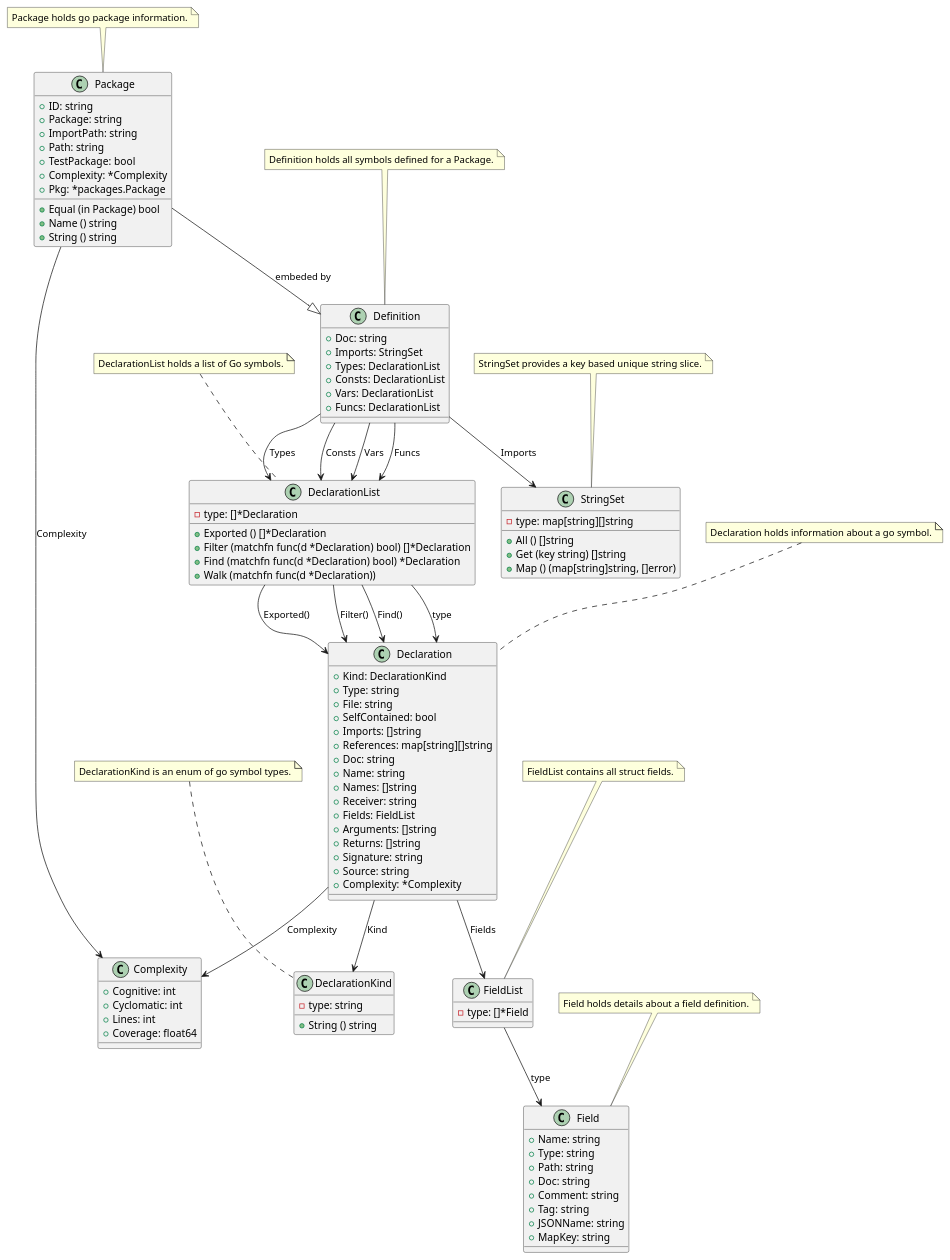
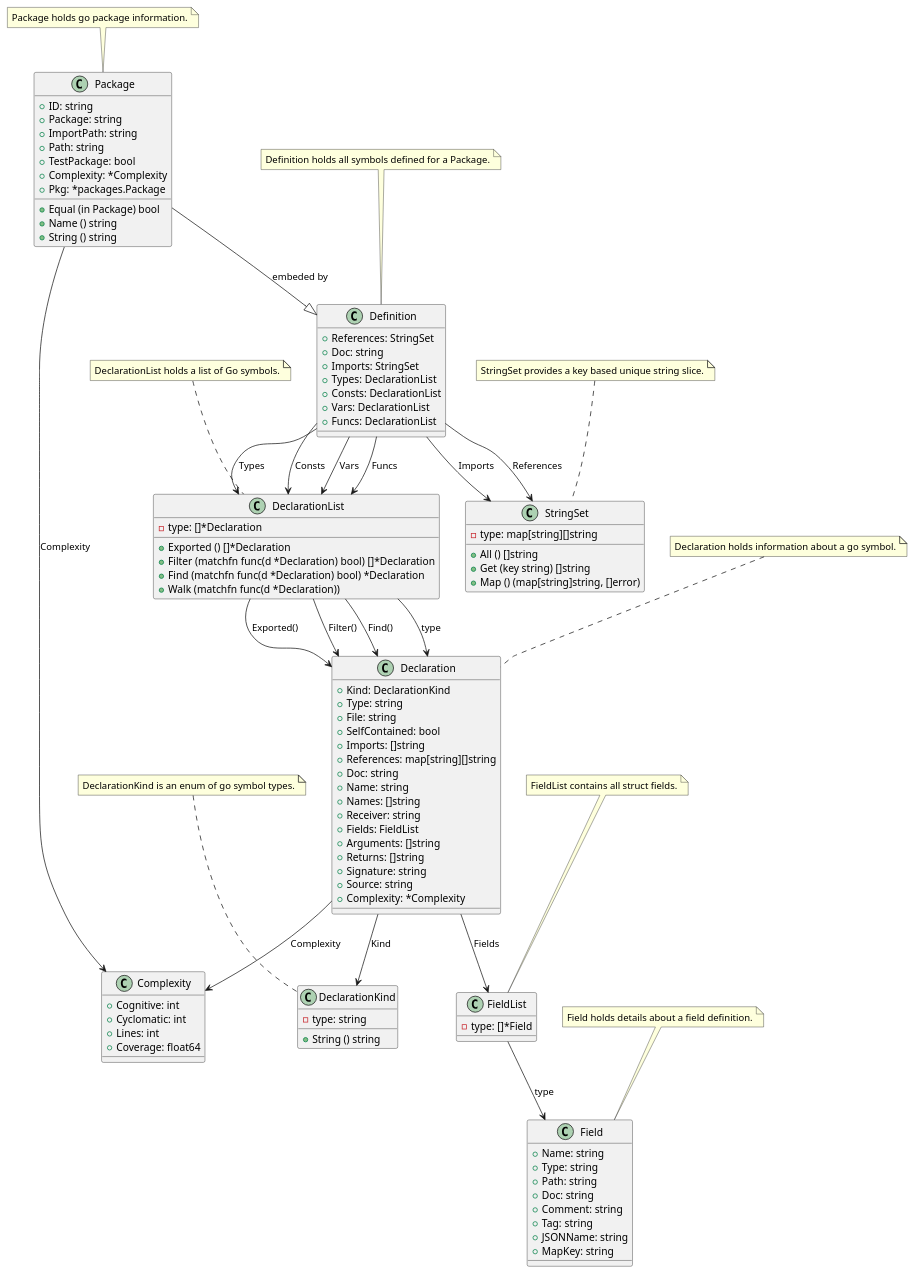
One commit to titpetric/exp changed the diagram in cmd/go-fsck/model/restored/go-fsck.puml. Above: the diagram before and after it, drawn with PlantUML. The commit also changed 20 other files, not shown here.

```diff
--- a/cmd/go-fsck/model/restored/go-fsck.puml
+++ b/cmd/go-fsck/model/restored/go-fsck.puml
@@ -1,151 +1,153 @@
 @startuml
 
 class Complexity {
   + Cognitive: int
   + Cyclomatic: int
   + Lines: int
   + Coverage: float64
 }
 
 class Declaration {
   + Kind: DeclarationKind
   + Type: string
   + File: string
   + SelfContained: bool
   + Imports: []string
   + References: map[string][]string
   + Doc: string
   + Name: string
   + Names: []string
   + Receiver: string
   + Fields: FieldList
   + Arguments: []string
   + Returns: []string
   + Signature: string
   + Source: string
   + Complexity: *Complexity
 }
 
 class DeclarationKind {
   - type: string
   + String () string
 }
 
 class DeclarationList {
   - type: []*Declaration
   + Exported () []*Declaration
   + Filter (matchfn func(d *Declaration) bool) []*Declaration
   + Find (matchfn func(d *Declaration) bool) *Declaration
   + Walk (matchfn func(d *Declaration))
 }
 
 class Definition {
+  + References: StringSet
   + Doc: string
   + Imports: StringSet
   + Types: DeclarationList
   + Consts: DeclarationList
   + Vars: DeclarationList
   + Funcs: DeclarationList
 }
 
 class Field {
   + Name: string
   + Type: string
   + Path: string
   + Doc: string
   + Comment: string
   + Tag: string
   + JSONName: string
   + MapKey: string
 }
 
 class FieldList {
   - type: []*Field
 }
 
 class Package {
   + ID: string
   + Package: string
   + ImportPath: string
   + Path: string
   + TestPackage: bool
   + Complexity: *Complexity
   + Pkg: *packages.Package
   + Equal (in Package) bool
   + Name () string
   + String () string
 }
 
 class StringSet {
   - type: map[string][]string
   + All () []string
   + Get (key string) []string
   + Map () (map[string]string, []error)
 }
 
 
 Declaration --> DeclarationKind : Kind
 Declaration --> FieldList : Fields
 Declaration --> Complexity : Complexity
 
 note top of Declaration
 Declaration holds information about a go symbol.
 end note
 
 
 
 note top of DeclarationKind
 DeclarationKind is an enum of go symbol types.
 end note
 
 
 DeclarationList --> Declaration : type
 
 note top of DeclarationList
 DeclarationList holds a list of Go symbols.
 end note
 
 
 DeclarationList --> Declaration : Exported()
 DeclarationList --> Declaration : Filter()
 DeclarationList --> Declaration : Find()
 Package --|> Definition : embeded by
+Definition --> StringSet : References
 Definition --> StringSet : Imports
 Definition --> DeclarationList : Types
 Definition --> DeclarationList : Consts
 Definition --> DeclarationList : Vars
 Definition --> DeclarationList : Funcs
 
 note top of Definition
 Definition holds all symbols defined for a Package.
 end note
 
 
 
 note top of Field
 Field holds details about a field definition.
 end note
 
 
 FieldList --> Field : type
 
 note top of FieldList
 FieldList contains all struct fields.
 end note
 
 
 Package --> Complexity : Complexity
 
 note top of Package
 Package holds go package information.
 end note
 
 
 
 note top of StringSet
 StringSet provides a key based unique string slice.
 end note
 
 
 
 @enduml
```
